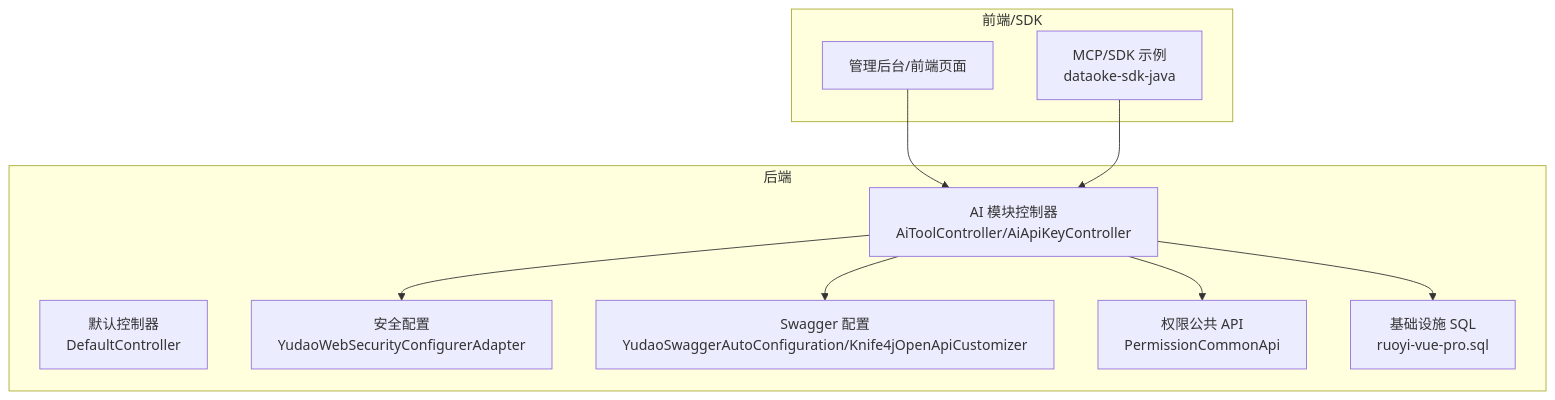
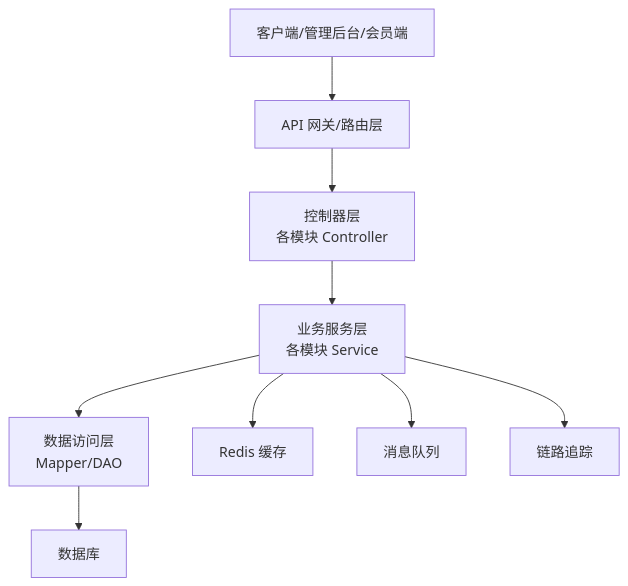
One commit to zhuangpengLI/AgenticCPS changed the second of 14 diagrams in .qoder/repowiki/zh/content/API 接口文档/API 接口文档.md. Above: the diagram before and after it, drawn with Mermaid. The commit also changed other lines of this file and 293 other files, not shown here.

````diff
--- a/.qoder/repowiki/zh/content/API 接口文档/API 接口文档.md
+++ b/.qoder/repowiki/zh/content/API 接口文档/API 接口文档.md
@@ -38,21 +99,20 @@
 ```mermaid
 graph TB
-subgraph "后端"
-A["AI 模块控制器<br/>AiToolController/AiApiKeyController"]
-B["默认控制器<br/>DefaultController"]
-C["安全配置<br/>YudaoWebSecurityConfigurerAdapter"]
-D["Swagger 配置<br/>YudaoSwaggerAutoConfiguration/Knife4jOpenApiCustomizer"]
-E["权限公共 API<br/>PermissionCommonApi"]
-F["基础设施 SQL<br/>ruoyi-vue-pro.sql"]
-end
-subgraph "前端/SDK"
-G["管理后台/前端页面"]
-H["MCP/SDK 示例<br/>dataoke-sdk-java"]
-end
-G --> A
-H --> A
-A --> C
-A --> D
-A --> E
-A --> F
+CLIENT["客户端/管理后台/会员端"]
+API_GATEWAY["API 网关/路由层"]
+CONTROLLER["控制器层<br/>各模块 Controller"]
+SERVICE["业务服务层<br/>各模块 Service"]
+DAO["数据访问层<br/>Mapper/DAO"]
+DB["数据库"]
+REDIS["Redis 缓存"]
+MQ["消息队列"]
+TRACER["链路追踪"]
+CLIENT --> API_GATEWAY
+API_GATEWAY --> CONTROLLER
+CONTROLLER --> SERVICE
+SERVICE --> DAO
+DAO --> DB
+SERVICE --> REDIS
+SERVICE --> MQ
+SERVICE --> TRACER
 ```
````
